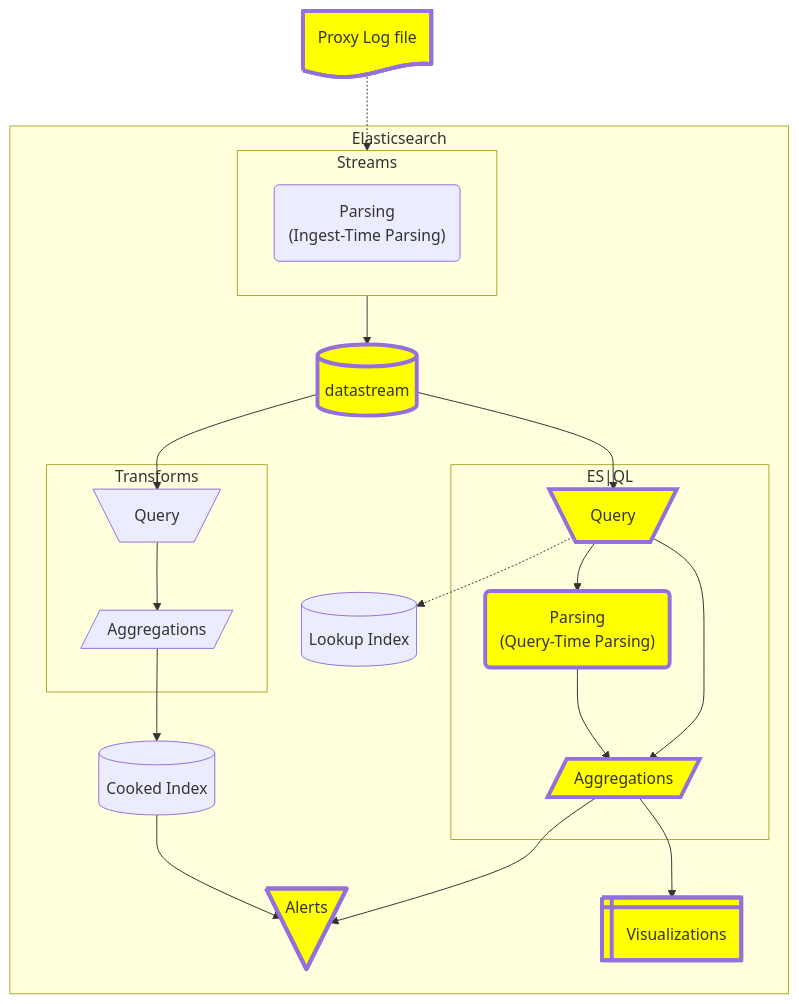
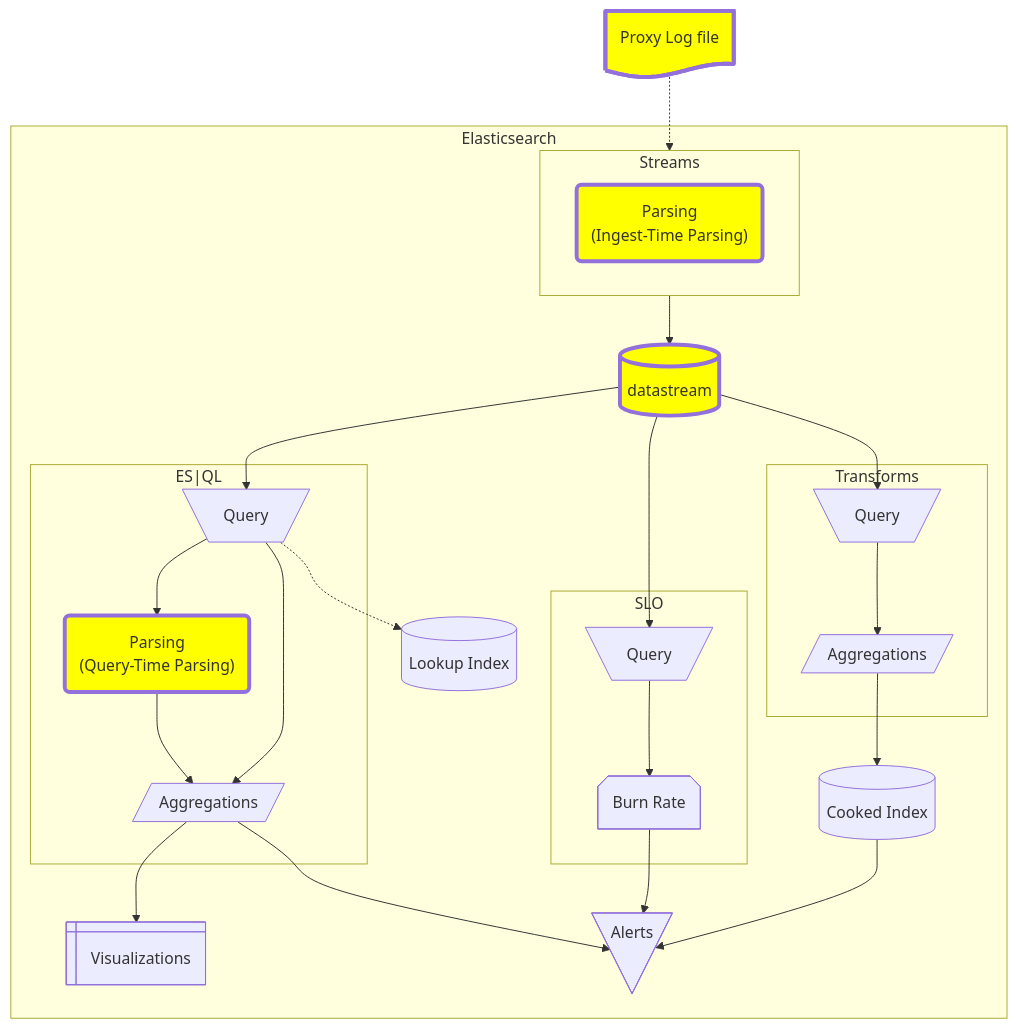
One commit to ty-elastic/k8s-otel-finance changed the diagram in instruqt/courses/o11y--course--field--100-logs-workflow--main/diagrams/1_arch.mmd. Above: the diagram before and after it, drawn with Mermaid. The commit also changed 19 other files, not shown here.

```diff
--- a/instruqt/courses/o11y--course--field--100-logs-workflow--main/diagrams/1_arch.mmd
+++ b/instruqt/courses/o11y--course--field--100-logs-workflow--main/diagrams/1_arch.mmd
@@ -1,61 +1,75 @@
 flowchart TB
     style logfile fill:#ffff00,stroke-width:4px
     style datastream fill:#ffff00,stroke-width:4px
 
-    %% style streams_parsing fill:#ffff00,stroke-width:4px
+    style streams_parse fill:#ffff00,stroke-width:4px
 
-    style esql_query fill:#ffff00,stroke-width:4px
+    %% style slo_query fill:#ffff00,stroke-width:4px
+    %% style slo_burn fill:#ffff00,stroke-width:4px
+
+    %% style esql_query fill:#ffff00,stroke-width:4px
     %% style lookup_index fill:#ffff00,stroke-width:4px
     style esql_parse fill:#ffff00,stroke-width:4px
-    style esql_agg fill:#ffff00,stroke-width:4px
+    %% style esql_agg fill:#ffff00,stroke-width:4px
 
     %% style transforms_query fill:#ffff00,stroke-width:4px
     %% style transforms_aggregations fill:#ffff00,stroke-width:4px
     %% style transforms_index fill:#ffff00,stroke-width:4px
 
-    style alerts fill:#ffff00,stroke-width:4px
-    style visualizations fill:#ffff00,stroke-width:4px
+    %% style alerts fill:#ffff00,stroke-width:4px
+    %% style visualizations fill:#ffff00,stroke-width:4px
 
     subgraph elasticsearch[Elasticsearch]
         datastream@{shape: cyl}
         visualizations@{ shape: win-pane, label: "Visualizations" }
         lookup_index@{shape: cyl, label: "Lookup Index"}
         transforms_index@{shape: cyl, label: "Cooked Index"} 
         alerts@{ shape: manual-file, label: "Alerts"}
         
         subgraph streams["Streams"]
-            streams_parsing("Parsing<br>(Ingest-Time Parsing)")
+            streams_parse("Parsing<br>(Ingest-Time Parsing)")
         end
 
         streams --> datastream
 
         subgraph esql["ES|QL"]
             esql_query[\Query/]
             esql_parse("Parsing<br>(Query-Time Parsing)")
             esql_agg[/Aggregations/]
             
             esql_query --> esql_parse
             esql_parse --> esql_agg
             esql_query --> esql_agg
         end
 
-        datastream --> esql_query
-        esql_query -.-> lookup_index
+        subgraph SLO["SLO"]
+            slo_query[\Query/]
+            slo_burn@{ shape: notch-pent, label: "Burn Rate" }
+
+            slo_query --> slo_burn
+        end
 
         subgraph Transforms
             transforms_query[\Query/]
             transforms_aggregations[/Aggregations/]
 
             transforms_query --> transforms_aggregations
         end
 
+        datastream --> esql_query
+        datastream --> slo_query
+        datastream --> transforms_query
+
+        esql_query -.-> lookup_index
+
+        slo_burn --> alerts
+
         transforms_aggregations --> transforms_index
         transforms_index --> alerts
 
-        datastream --> transforms_query
         esql_agg --> visualizations
         esql_agg --> alerts
     end
 
     logfile@{ shape: doc, label: "Proxy Log file"}
     logfile -.-> streams
```
